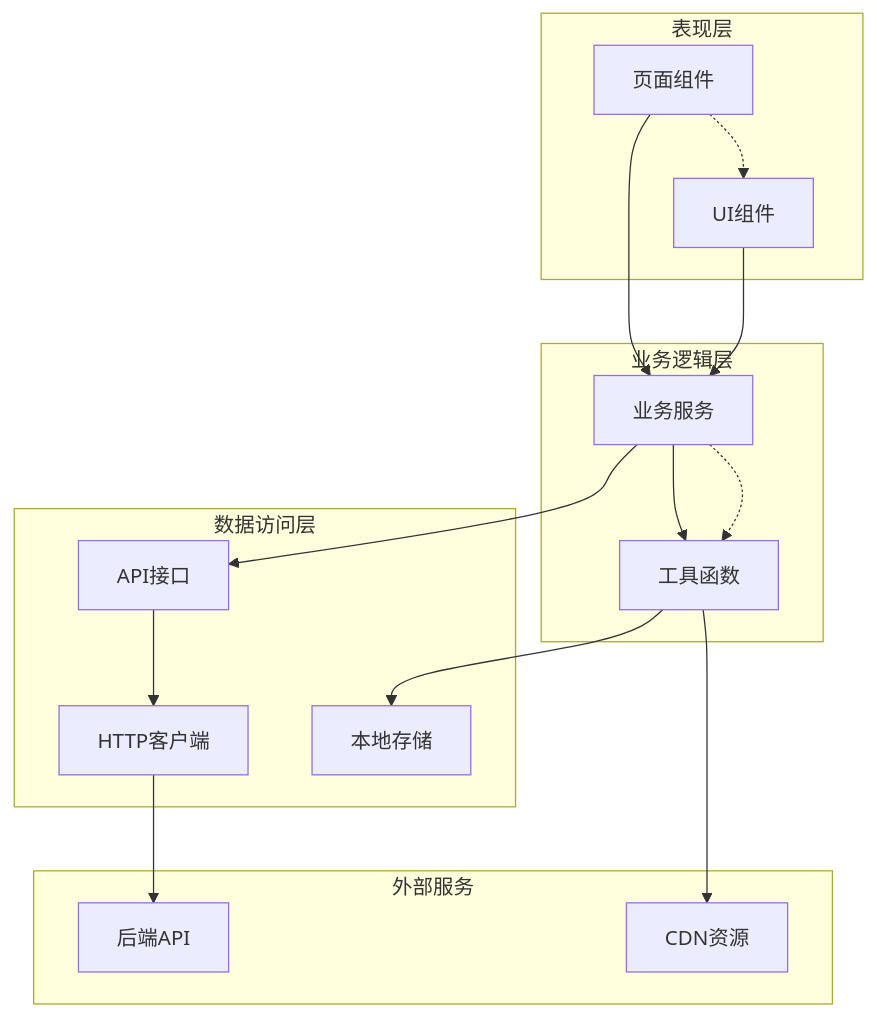
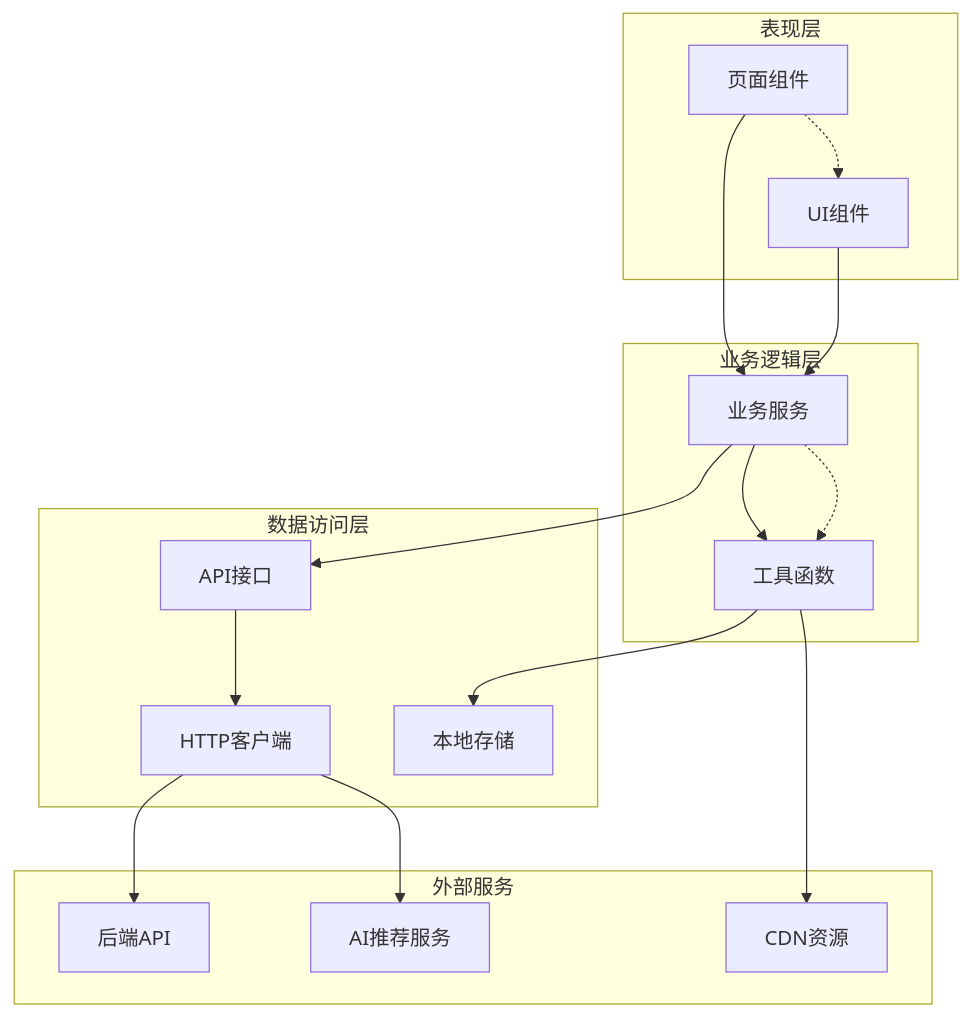
The third of 11 diagrams in .qoder/repowiki/zh/content/核心功能模块/客片管理系统/客片列表展示/客片列表展示.md (crazyma99/blueberry), drawn with Mermaid before and after one commit. The commit also changed other lines of this file and 79 other files, not shown here.

````diff
--- a/.qoder/repowiki/zh/content/核心功能模块/客片管理系统/客片列表展示/客片列表展示.md
+++ b/.qoder/repowiki/zh/content/核心功能模块/客片管理系统/客片列表展示/客片列表展示.md
@@ -159,30 +184,32 @@
 ```mermaid
 graph TB
 subgraph "表现层"
 UI[页面组件]
 Components[UI组件]
 end
 subgraph "业务逻辑层"
 Services[业务服务]
 Utils[工具函数]
 end
 subgraph "数据访问层"
 API[API接口]
 HTTP[HTTP客户端]
 Storage[本地存储]
 end
 subgraph "外部服务"
 Backend[后端API]
 CDN[CDN资源]
+AIService[AI推荐服务]
 end
 UI --> Services
 Components --> Services
 Services --> API
 Services --> Utils
 API --> HTTP
 HTTP --> Backend
+HTTP --> AIService
 Utils --> Storage
 Utils --> CDN
 UI -.-> Components
 Services -.-> Utils
 ```
````
